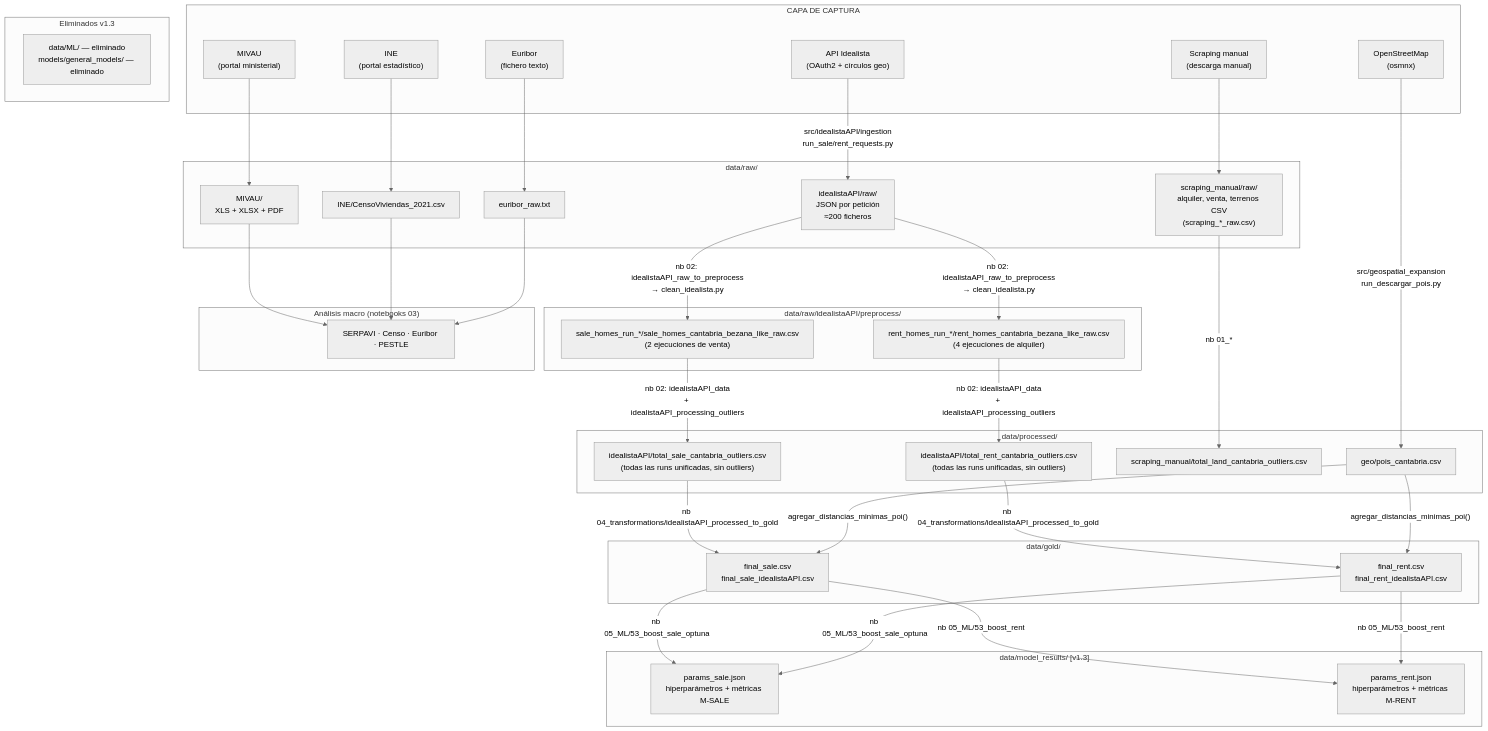
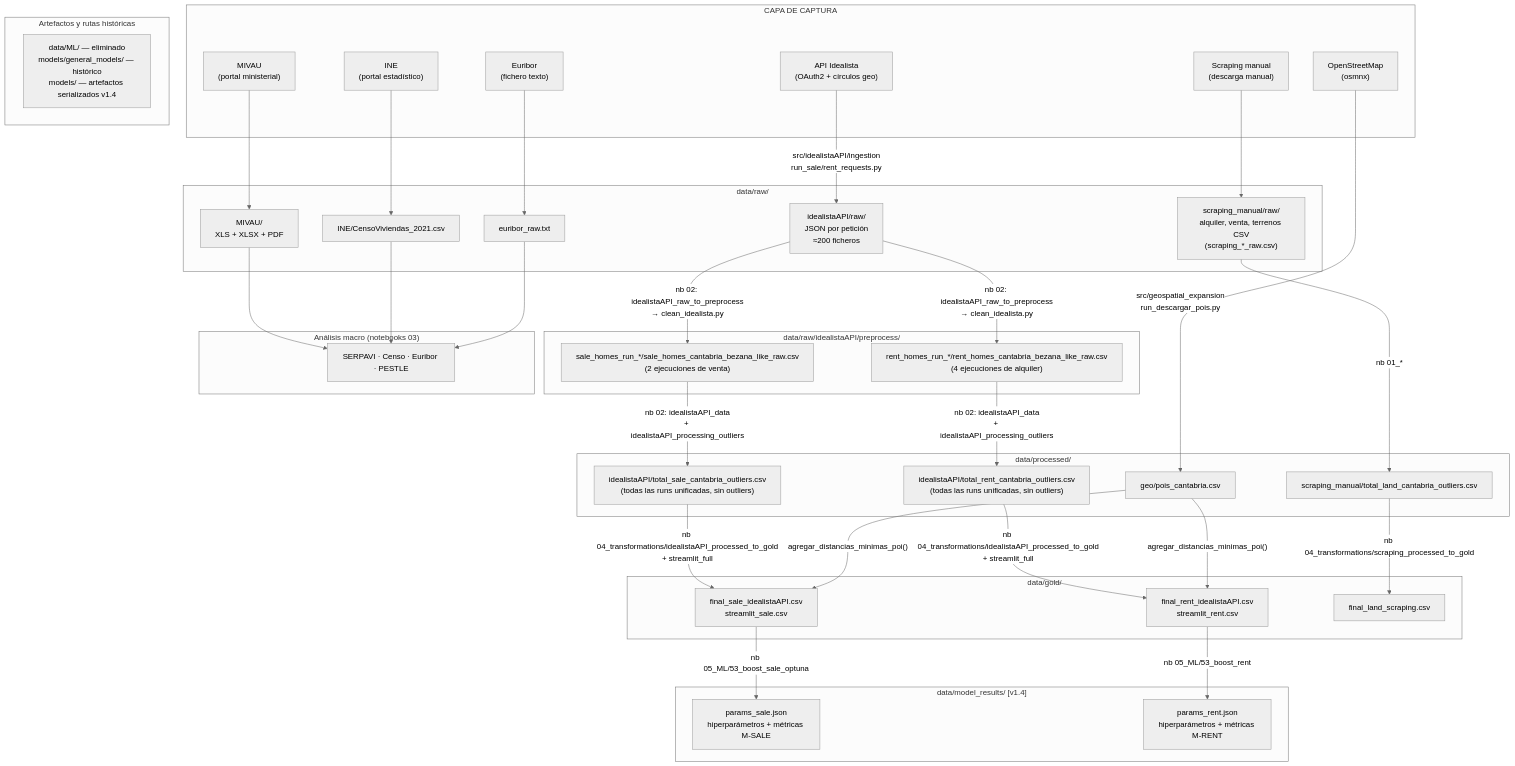
Before and after one commit to sitomachu/bezanillasl: the second of 4 diagrams in docs/estructura_completa_repositorio.md, drawn with Mermaid (neutral theme). The commit also changed other lines of this file and 10 other files, not shown here.

````diff
--- a/docs/estructura_completa_repositorio.md
+++ b/docs/estructura_completa_repositorio.md
@@ -374,73 +394,75 @@
 ```mermaid
 flowchart TD
     subgraph CAPTURE["CAPA DE CAPTURA"]
         A1["API Idealista\n(OAuth2 + círculos geo)"]
         A2["Scraping manual\n(descarga manual)"]
         A3["MIVAU\n(portal ministerial)"]
         A4["INE\n(portal estadístico)"]
         A5["Euribor\n(fichero texto)"]
         A6["OpenStreetMap\n(osmnx)"]
     end
 
     subgraph RAW["data/raw/"]
         B1["idealistaAPI/raw/\nJSON por petición\n≈200 ficheros"]
         B2["scraping_manual/raw/\nalquiler, venta, terrenos CSV\n(scraping_*_raw.csv)"]
         B3["MIVAU/\nXLS + XLSX + PDF"]
         B4["INE/CensoViviendas_2021.csv"]
         B5["euribor_raw.txt"]
     end
 
     subgraph PREPROCESS["data/raw/idealistaAPI/preprocess/"]
         C1["sale_homes_run_*/sale_homes_cantabria_bezana_like_raw.csv\n(2 ejecuciones de venta)"]
         C2["rent_homes_run_*/rent_homes_cantabria_bezana_like_raw.csv\n(4 ejecuciones de alquiler)"]
     end
 
     subgraph PROC["data/processed/"]
         D3["idealistaAPI/total_sale_cantabria_outliers.csv\n(todas las runs unificadas, sin outliers)"]
         D4["idealistaAPI/total_rent_cantabria_outliers.csv\n(todas las runs unificadas, sin outliers)"]
         D6["scraping_manual/total_land_cantabria_outliers.csv"]
         D7["geo/pois_cantabria.csv"]
     end
 
     subgraph GOLD["data/gold/"]
-        E1["final_sale.csv\nfinal_sale_idealistaAPI.csv"]
-        E2["final_rent.csv\nfinal_rent_idealistaAPI.csv"]
+        E1["final_sale_idealistaAPI.csv\nstreamlit_sale.csv"]
+        E2["final_rent_idealistaAPI.csv\nstreamlit_rent.csv"]
+        E3["final_land_scraping.csv"]
     end
 
-    subgraph ML_OUT["data/model_results/ [v1.3]"]
+    subgraph ML_OUT["data/model_results/ [v1.4]"]
         F1["params_sale.json\nhiperparámetros + métricas M-SALE"]
         F2["params_rent.json\nhiperparámetros + métricas M-RENT"]
     end
 
     subgraph MACRO["Análisis macro (notebooks 03)"]
         G1["SERPAVI · Censo · Euribor · PESTLE"]
     end
 
-    subgraph models_old["Eliminados v1.3"]
-        Z1["data/ML/ — eliminado\nmodels/general_models/ — eliminado"]
+    subgraph models_old["Artefactos y rutas históricas"]
+        Z1["data/ML/ — eliminado\nmodels/general_models/ — histórico\nmodels/ — artefactos serializados v1.4"]
     end
 
     A1 -->|"src/idealistaAPI/ingestion\nrun_sale/rent_requests.py"| B1
     A2 --> B2
     A3 --> B3
     A4 --> B4
     A5 --> B5
     A6 -->|"src/geospatial_expansion\nrun_descargar_pois.py"| D7
 
     B1 -->|"nb 02: idealistaAPI_raw_to_preprocess\n→ clean_idealista.py"| C1
     B1 -->|"nb 02: idealistaAPI_raw_to_preprocess\n→ clean_idealista.py"| C2
 
     C1 -->|"nb 02: idealistaAPI_data\n+ idealistaAPI_processing_outliers"| D3
     C2 -->|"nb 02: idealistaAPI_data\n+ idealistaAPI_processing_outliers"| D4
     B2 -->|"nb 01_*"| D6
 
-    D3 -->|"nb 04_transformations/idealistaAPI_processed_to_gold"| E1
-    D4 -->|"nb 04_transformations/idealistaAPI_processed_to_gold"| E2
+    D3 -->|"nb 04_transformations/idealistaAPI_processed_to_gold\n+ streamlit_full"| E1
+    D4 -->|"nb 04_transformations/idealistaAPI_processed_to_gold\n+ streamlit_full"| E2
+    D6 -->|"nb 04_transformations/scraping_processed_to_gold"| E3
     D7 -->|"agregar_distancias_minimas_poi()"| E1
     D7 -->|"agregar_distancias_minimas_poi()"| E2
 
-    E1 & E2 -->|"nb 05_ML/53_boost_sale_optuna"| F1
-    E1 & E2 -->|"nb 05_ML/53_boost_rent"| F2
+    E1 -->|"nb 05_ML/53_boost_sale_optuna"| F1
+    E2 -->|"nb 05_ML/53_boost_rent"| F2
 
     B3 & B4 & B5 --> G1
 ```
````
